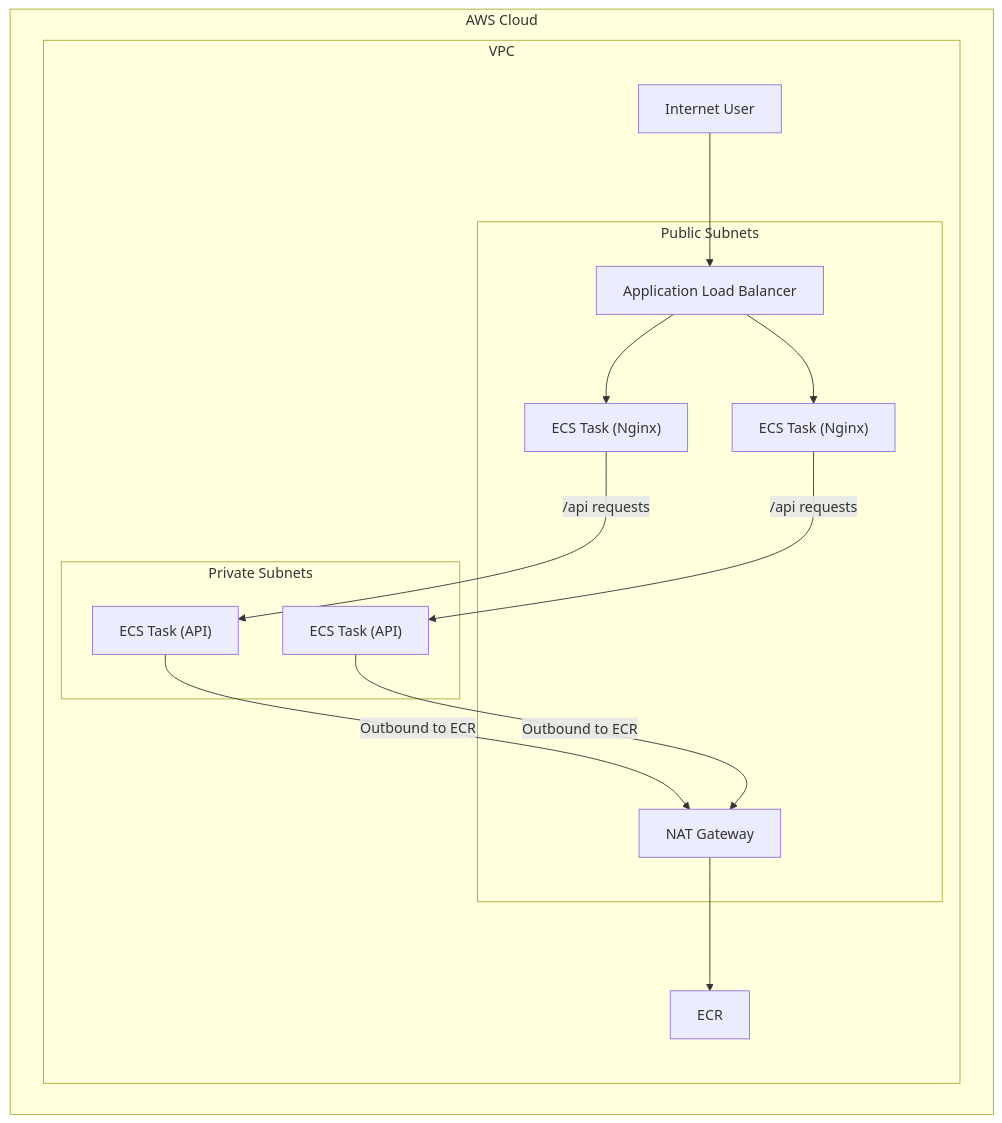
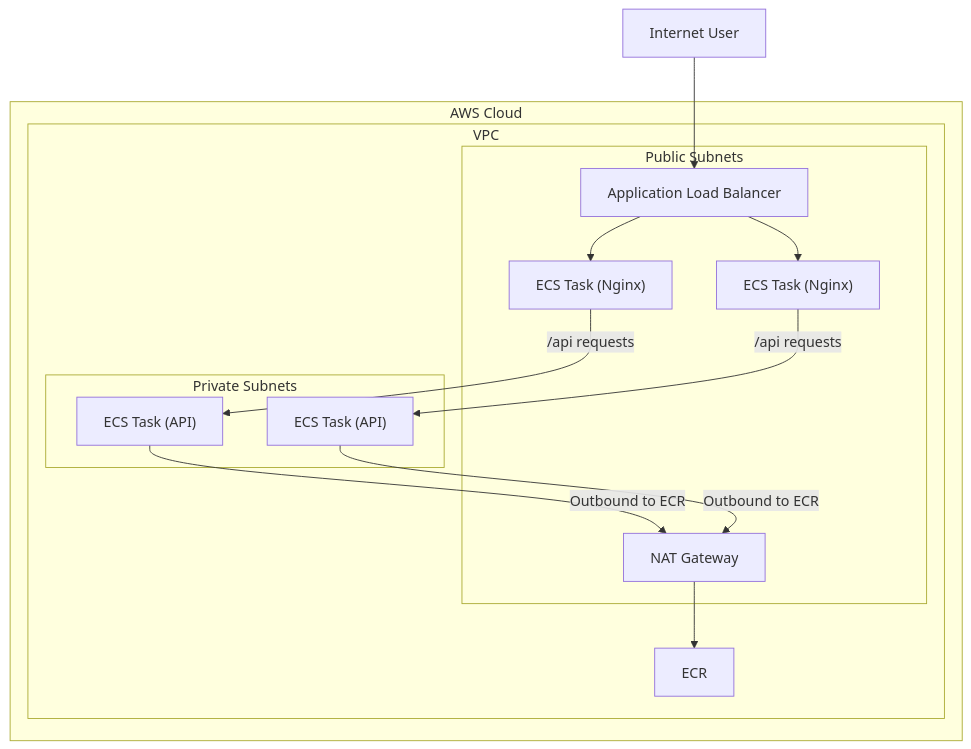
Before and after one commit to zhu-weijie/regitrack: the second of 2 diagrams in docs/stage04.md, drawn with Mermaid. The commit also changed 3 other files, not shown here.

````diff
--- a/docs/stage04.md
+++ b/docs/stage04.md
@@ -27,31 +27,31 @@
 ```mermaid
 graph TD
   subgraph "AWS Cloud"
     ECR
     subgraph "VPC"
       subgraph "Public Subnets"
         ALB[Application Load Balancer]
         NAT[NAT Gateway]
         NginxTaskA["ECS Task (Nginx)"]
         NginxTaskB["ECS Task (Nginx)"]
       end
       subgraph "Private Subnets"
         ApiTaskA["ECS Task (API)"]
         ApiTaskB["ECS Task (API)"]
       end
-      
-      User[Internet User] --> ALB
+
       ALB --> NginxTaskA
       ALB --> NginxTaskB
 
       %% Internal service-to-service communication
       NginxTaskA -- "/api requests" --> ApiTaskA
       NginxTaskB -- "/api requests" --> ApiTaskB
       
       %% Outbound traffic from private subnets
       ApiTaskA -- "Outbound to ECR" --> NAT
       ApiTaskB -- "Outbound to ECR" --> NAT
       NAT --> ECR
     end
   end
+  User[Internet User] --> ALB
 ```
````
